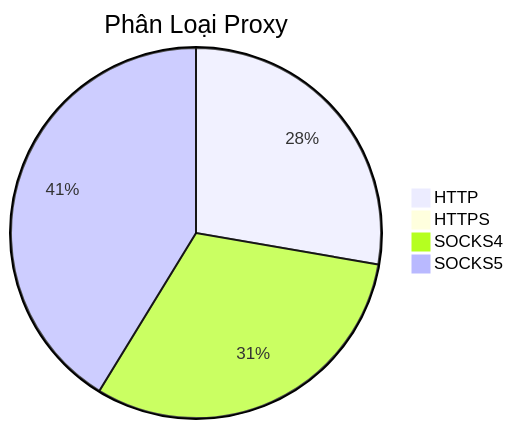
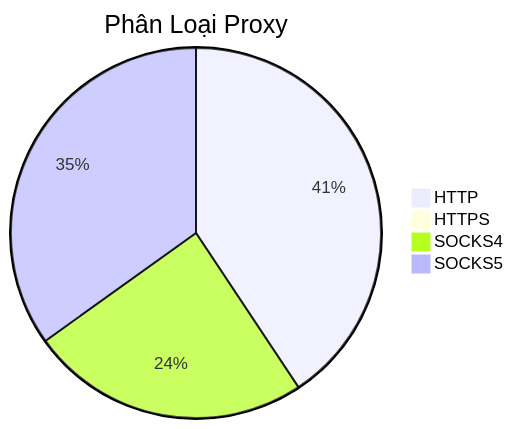
The diagram in README.md (Ciara-12/PROXY-free), drawn with Mermaid before and after one commit. The commit also changed other lines of this file and 3 other files, not shown here.

````diff
--- a/README.md
+++ b/README.md
@@ -26,7 +26,7 @@
 ```mermaid
 pie title Phân Loại Proxy
-    "HTTP" : 371
+    "HTTP" : 634
     "HTTPS" : 1
-    "SOCKS4" : 415
-    "SOCKS5" : 552
+    "SOCKS4" : 381
+    "SOCKS5" : 544
 ```
````
